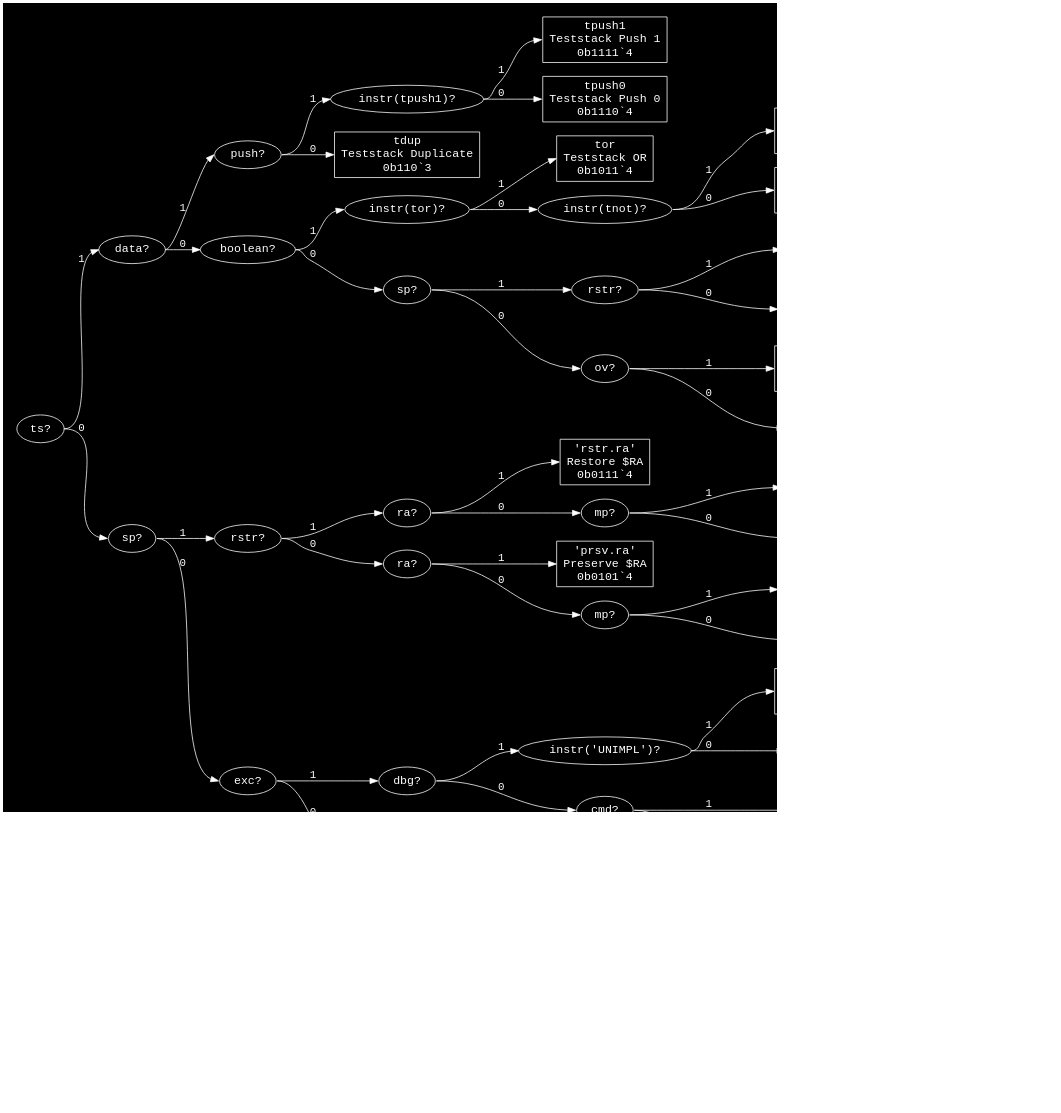
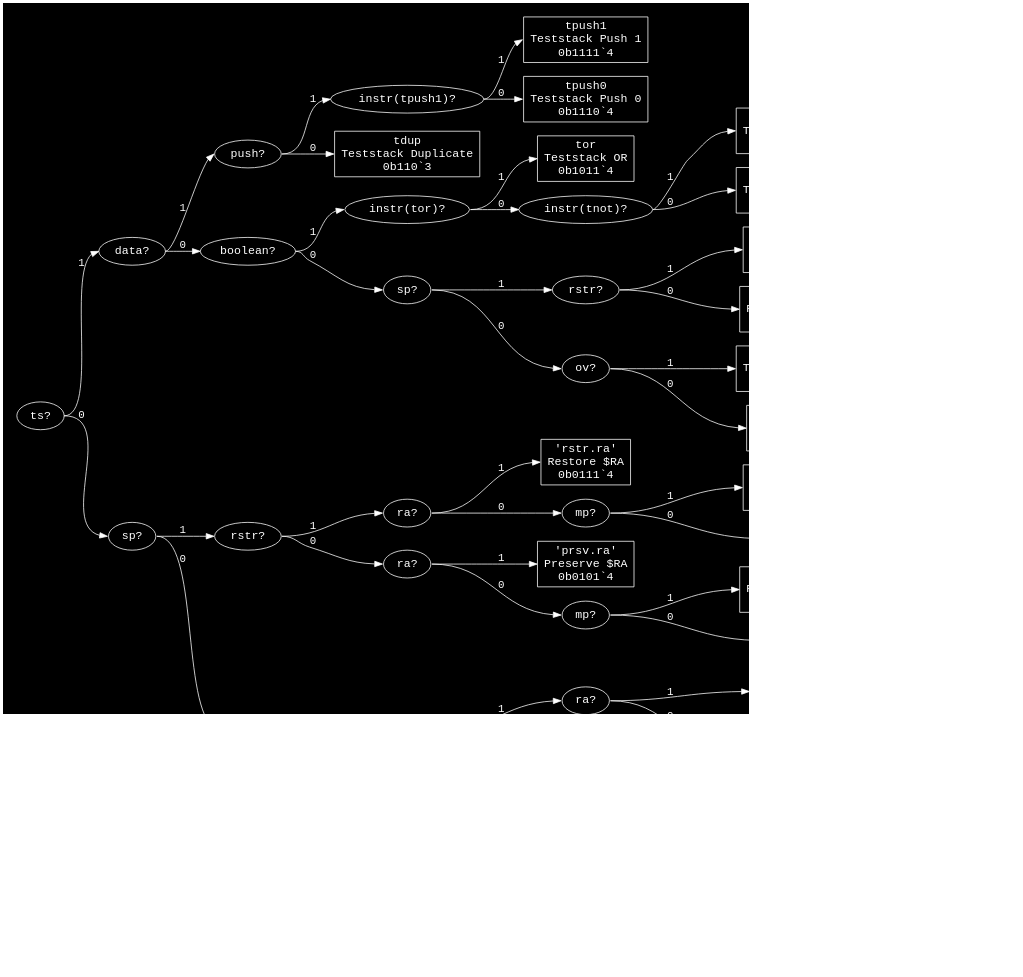
Before and after one commit to eignnx/SPRIND: the diagram in assets/graphs/o.dot, drawn with Graphviz. The commit also changed 5 other files, not shown here.

```diff
--- a/assets/graphs/o.dot
+++ b/assets/graphs/o.dot
@@ -1,110 +1,110 @@
 digraph "Format o" {
   graph [dpi = 100, bgcolor="#111", fontcolor="white", rankdir=LR, pad="0.25"];
   node [fontname = "Courier", fontsize="15pt", color="white", fontcolor="white"];
   edge [fontname = "Courier", color="white", fontcolor="white"];
-  "ts_11499147" [label = "ts?", shape = ellipse];
-  "ts_11499147":e -> "data_4436317":w [label = "1"];
-  "ts_11499147":e -> "sp_4665945":w [label = "0"];
+  "ts_7936917" [label = "ts?", shape = ellipse];
+  "ts_7936917":e -> "data_4436317":w [label = "1"];
+  "ts_7936917":e -> "sp_13399574":w [label = "0"];
   "data_4436317" [label = "data?", shape = ellipse];
   "data_4436317":e -> "push_2437001":w [label = "1"];
   "data_4436317":e -> "boolean_13225208":w [label = "0"];
   "push_2437001" [label = "push?", shape = ellipse];
   "push_2437001":e -> "instr(tpush1)_9804295":w [label = "1"];
   "push_2437001":e -> "tdup_15487713":w [label = "0"];
   "instr(tpush1)_9804295" [label = "instr(tpush1)?", shape = ellipse];
   "instr(tpush1)_9804295":e -> "tpush1_12806233":w [label = "1"];
   "instr(tpush1)_9804295":e -> "tpush0_14509953":w [label = "0"];
   "tpush1_12806233" [label = "tpush1\nTeststack Push 1\n0b1111`4", shape = rectangle];
   "tpush0_14509953" [label = "tpush0\nTeststack Push 0\n0b1110`4", shape = rectangle];
   "tdup_15487713" [label = "tdup\nTeststack Duplicate\n0b110`3", shape = rectangle];
   "boolean_13225208" [label = "boolean?", shape = ellipse];
   "boolean_13225208":e -> "instr(tor)_15792127":w [label = "1"];
   "boolean_13225208":e -> "sp_11927802":w [label = "0"];
   "instr(tor)_15792127" [label = "instr(tor)?", shape = ellipse];
   "instr(tor)_15792127":e -> "tor_1243182":w [label = "1"];
   "instr(tor)_15792127":e -> "instr(tnot)_14822141":w [label = "0"];
   "tor_1243182" [label = "tor\nTeststack OR\n0b1011`4", shape = rectangle];
   "instr(tnot)_14822141" [label = "instr(tnot)?", shape = ellipse];
   "instr(tnot)_14822141":e -> "tnot_4060624":w [label = "1"];
   "instr(tnot)_14822141":e -> "tand_15469294":w [label = "0"];
   "tnot_4060624" [label = "tnot\nTeststack NOT\n0b10101`5", shape = rectangle];
   "tand_15469294" [label = "tand\nTeststack AND\n0b10100`5", shape = rectangle];
   "sp_11927802" [label = "sp?", shape = ellipse];
   "sp_11927802":e -> "rstr_7748698":w [label = "1"];
   "sp_11927802":e -> "ov_12237183":w [label = "0"];
   "rstr_7748698" [label = "rstr?", shape = ellipse];
   "rstr_7748698":e -> "'rstr.ts'_8107659":w [label = "1"];
   "rstr_7748698":e -> "'prsv.ts'_2474688":w [label = "0"];
   "'rstr.ts'_8107659" [label = "'rstr.ts'\nRestore $TS\n0b10011`5", shape = rectangle];
   "'prsv.ts'_2474688" [label = "'prsv.ts'\nPreserve $TS\n0b10010`5", shape = rectangle];
   "ov_12237183" [label = "ov?", shape = ellipse];
   "ov_12237183":e -> "tov_12931519":w [label = "1"];
   "ov_12237183":e -> "tcy_2523867":w [label = "0"];
   "tov_12931519" [label = "tov\nTest Overflow\n0b10001`5", shape = rectangle];
   "tcy_2523867" [label = "tcy\nTest Carry\n0b10000`5", shape = rectangle];
-  "sp_4665945" [label = "sp?", shape = ellipse];
-  "sp_4665945":e -> "rstr_14043542":w [label = "1"];
-  "sp_4665945":e -> "exc_3592716":w [label = "0"];
+  "sp_13399574" [label = "sp?", shape = ellipse];
+  "sp_13399574":e -> "rstr_14043542":w [label = "1"];
+  "sp_13399574":e -> "pc_5269534":w [label = "0"];
   "rstr_14043542" [label = "rstr?", shape = ellipse];
   "rstr_14043542":e -> "ra_11697259":w [label = "1"];
   "rstr_14043542":e -> "ra_5439766":w [label = "0"];
   "ra_11697259" [label = "ra?", shape = ellipse];
   "ra_11697259":e -> "'rstr.ra'_14990000":w [label = "1"];
   "ra_11697259":e -> "mp_5968125":w [label = "0"];
   "'rstr.ra'_14990000" [label = "'rstr.ra'\nRestore $RA\n0b0111`4", shape = rectangle];
   "mp_5968125" [label = "mp?", shape = ellipse];
   "mp_5968125":e -> "'rstr.mp'_10653791":w [label = "1"];
   "mp_5968125":e -> "gp_995846":w [label = "0"];
   "'rstr.mp'_10653791" [label = "'rstr.mp'\nRestore $MP\n0b01101`5", shape = rectangle];
   "gp_995846" [label = "gp?", shape = ellipse];
   "gp_995846":e -> "'rstr.gp'_14554136":w [label = "1"];
   "gp_995846":e -> "'rstr.cc'_3226942":w [label = "0"];
   "'rstr.gp'_14554136" [label = "'rstr.gp'\nRestore $GP\n0b011001`6", shape = rectangle];
   "'rstr.cc'_3226942" [label = "'rstr.cc'\nRestore $CC\n0b011000`6", shape = rectangle];
   "ra_5439766" [label = "ra?", shape = ellipse];
   "ra_5439766":e -> "'prsv.ra'_11219602":w [label = "1"];
   "ra_5439766":e -> "mp_14735186":w [label = "0"];
   "'prsv.ra'_11219602" [label = "'prsv.ra'\nPreserve $RA\n0b0101`4", shape = rectangle];
   "mp_14735186" [label = "mp?", shape = ellipse];
   "mp_14735186":e -> "'prsv.mp'_12023555":w [label = "1"];
   "mp_14735186":e -> "gp_5770640":w [label = "0"];
   "'prsv.mp'_12023555" [label = "'prsv.mp'\nPreserve $MP\n0b01001`5", shape = rectangle];
   "gp_5770640" [label = "gp?", shape = ellipse];
   "gp_5770640":e -> "'prsv.gp'_4829802":w [label = "1"];
   "gp_5770640":e -> "'prsv.cc'_7656682":w [label = "0"];
   "'prsv.gp'_4829802" [label = "'prsv.gp'\nPreserve $GP\n0b010001`6", shape = rectangle];
   "'prsv.cc'_7656682" [label = "'prsv.cc'\nPreserve $CC\n0b010000`6", shape = rectangle];
-  "exc_3592716" [label = "exc?", shape = ellipse];
-  "exc_3592716":e -> "dbg_10840712":w [label = "1"];
-  "exc_3592716":e -> "wr_2398349":w [label = "0"];
-  "dbg_10840712" [label = "dbg?", shape = ellipse];
-  "dbg_10840712":e -> "instr('UNIMPL')_7737361":w [label = "1"];
-  "dbg_10840712":e -> "cmd_2336543":w [label = "0"];
-  "instr('UNIMPL')_7737361" [label = "instr('UNIMPL')?", shape = ellipse];
-  "instr('UNIMPL')_7737361":e -> "'UNIMPL'_242126":w [label = "1"];
-  "instr('UNIMPL')_7737361":e -> "'BREAK'_2863401":w [label = "0"];
-  "'UNIMPL'_242126" [label = "'UNIMPL'\nUnimplemented\n0b00111`5", shape = rectangle];
-  "'BREAK'_2863401" [label = "'BREAK'\nBreakpoint\n0b00110`5", shape = rectangle];
-  "cmd_2336543" [label = "cmd?", shape = ellipse];
-  "cmd_2336543":e -> "'HALT'_5047438":w [label = "1"];
-  "cmd_2336543":e -> "'NONEXE0'_14746452":w [label = "0"];
-  "'HALT'_5047438" [label = "'HALT'\nHalt\n0b00101`5", shape = rectangle];
-  "'NONEXE0'_14746452" [label = "'NONEXE0'\nNon-executable (0s Version)\n0b00100`5", shape = rectangle];
-  "wr_2398349" [label = "wr?", shape = ellipse];
-  "wr_2398349":e -> "instr('set.cy')_2186464":w [label = "1"];
-  "wr_2398349":e -> "ret_15011896":w [label = "0"];
-  "instr('set.cy')_2186464" [label = "instr('set.cy')?", shape = ellipse];
-  "instr('set.cy')_2186464":e -> "'set.cy'_4073820":w [label = "1"];
-  "instr('set.cy')_2186464":e -> "'clr.cy'_14719063":w [label = "0"];
-  "'set.cy'_4073820" [label = "'set.cy'\nSet Carry\n0b00011`5", shape = rectangle];
-  "'clr.cy'_14719063" [label = "'clr.cy'\nClear Carry\n0b00010`5", shape = rectangle];
+  "pc_5269534" [label = "pc?", shape = ellipse];
+  "pc_5269534":e -> "ret_15011896":w [label = "1"];
+  "pc_5269534":e -> "exc_3255155":w [label = "0"];
   "ret_15011896" [label = "ret?", shape = ellipse];
   "ret_15011896":e -> "ra_8747536":w [label = "1"];
   "ret_15011896":e -> "kcall_5951590":w [label = "0"];
   "ra_8747536" [label = "ra?", shape = ellipse];
   "ra_8747536":e -> "ret_11021990":w [label = "1"];
   "ra_8747536":e -> "kret_6365154":w [label = "0"];
-  "ret_11021990" [label = "ret\nReturn\n0b000011`6", shape = rectangle];
-  "kret_6365154" [label = "kret\nKernel Return\n0b000010`6", shape = rectangle];
-  "kcall_5951590" [label = "kcall\nKernel Call\n0b00000`5", shape = rectangle];
+  "ret_11021990" [label = "ret\nReturn\n0b00111`5", shape = rectangle];
+  "kret_6365154" [label = "kret\nKernel Return\n0b00110`5", shape = rectangle];
+  "kcall_5951590" [label = "kcall\nKernel Call\n0b0010`4", shape = rectangle];
+  "exc_3255155" [label = "exc?", shape = ellipse];
+  "exc_3255155":e -> "dbg_3021613":w [label = "1"];
+  "exc_3255155":e -> "wr_11735649":w [label = "0"];
+  "dbg_3021613" [label = "dbg?", shape = ellipse];
+  "dbg_3021613":e -> "instr('UNIMPL')_7737361":w [label = "1"];
+  "dbg_3021613":e -> "'HALT'_5047438":w [label = "0"];
+  "instr('UNIMPL')_7737361" [label = "instr('UNIMPL')?", shape = ellipse];
+  "instr('UNIMPL')_7737361":e -> "'UNIMPL'_242126":w [label = "1"];
+  "instr('UNIMPL')_7737361":e -> "'BREAK'_2863401":w [label = "0"];
+  "'UNIMPL'_242126" [label = "'UNIMPL'\nUnimplemented\n0b000111`6", shape = rectangle];
+  "'BREAK'_2863401" [label = "'BREAK'\nBreakpoint\n0b000110`6", shape = rectangle];
+  "'HALT'_5047438" [label = "'HALT'\nHalt\n0b00010`5", shape = rectangle];
+  "wr_11735649" [label = "wr?", shape = ellipse];
+  "wr_11735649":e -> "instr('set.cy')_2186464":w [label = "1"];
+  "wr_11735649":e -> "'NONEXE0'_14746452":w [label = "0"];
+  "instr('set.cy')_2186464" [label = "instr('set.cy')?", shape = ellipse];
+  "instr('set.cy')_2186464":e -> "'set.cy'_4073820":w [label = "1"];
+  "instr('set.cy')_2186464":e -> "'clr.cy'_14719063":w [label = "0"];
+  "'set.cy'_4073820" [label = "'set.cy'\nSet Carry\n0b000011`6", shape = rectangle];
+  "'clr.cy'_14719063" [label = "'clr.cy'\nClear Carry\n0b000010`6", shape = rectangle];
+  "'NONEXE0'_14746452" [label = "'NONEXE0'\nNon-executable (0s Version)\n0b00000`5", shape = rectangle];
 }
```
